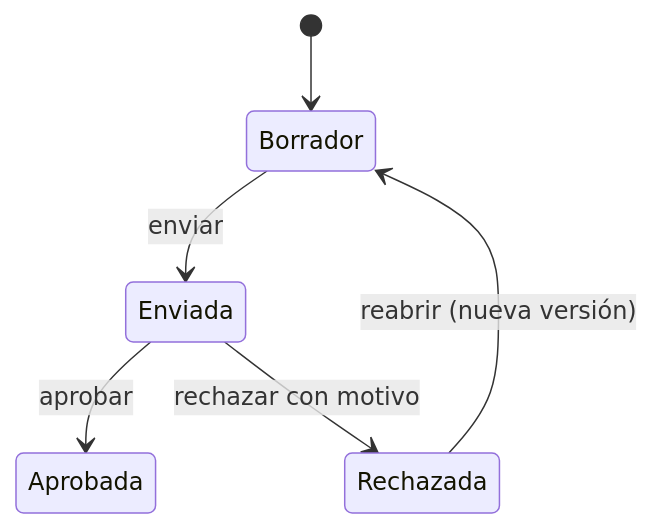
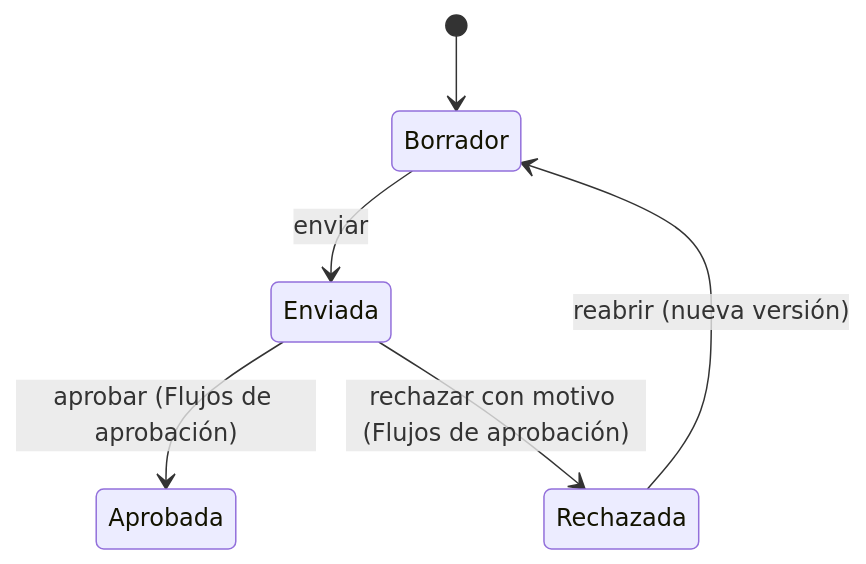
The diagram in docs/negocio/evaluacion-de-impacto.md (albarracingarciap/fluxion-saas), drawn with Mermaid before and after one commit. The commit also changed other lines of this file and 37 other files, not shown here.

````diff
--- a/docs/negocio/evaluacion-de-impacto.md
+++ b/docs/negocio/evaluacion-de-impacto.md
@@ -69,8 +70,8 @@
 ```mermaid
 stateDiagram-v2
   [*] --> Borrador
   Borrador --> Enviada: enviar
-  Enviada --> Aprobada: aprobar
-  Enviada --> Rechazada: rechazar con motivo
+  Enviada --> Aprobada: aprobar (Flujos de aprobación)
+  Enviada --> Rechazada: rechazar con motivo (Flujos de aprobación)
   Rechazada --> Borrador: reabrir (nueva versión)
 ```
````
